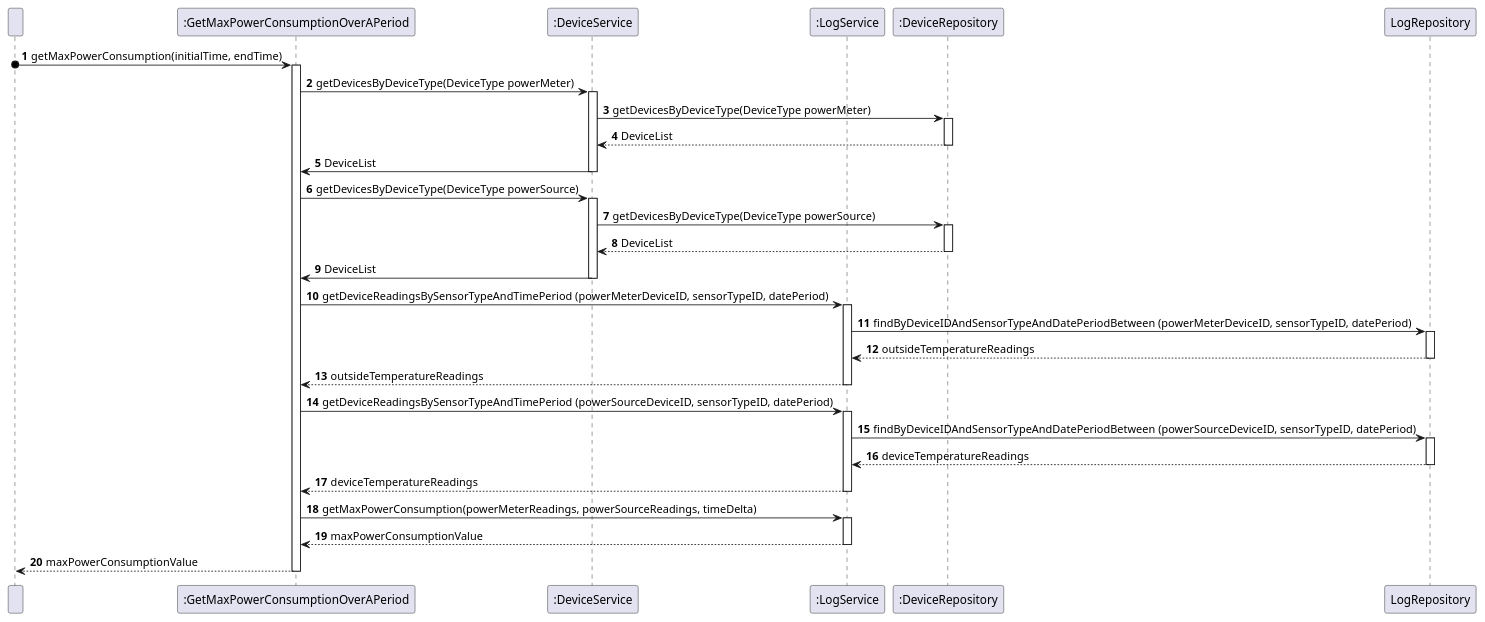
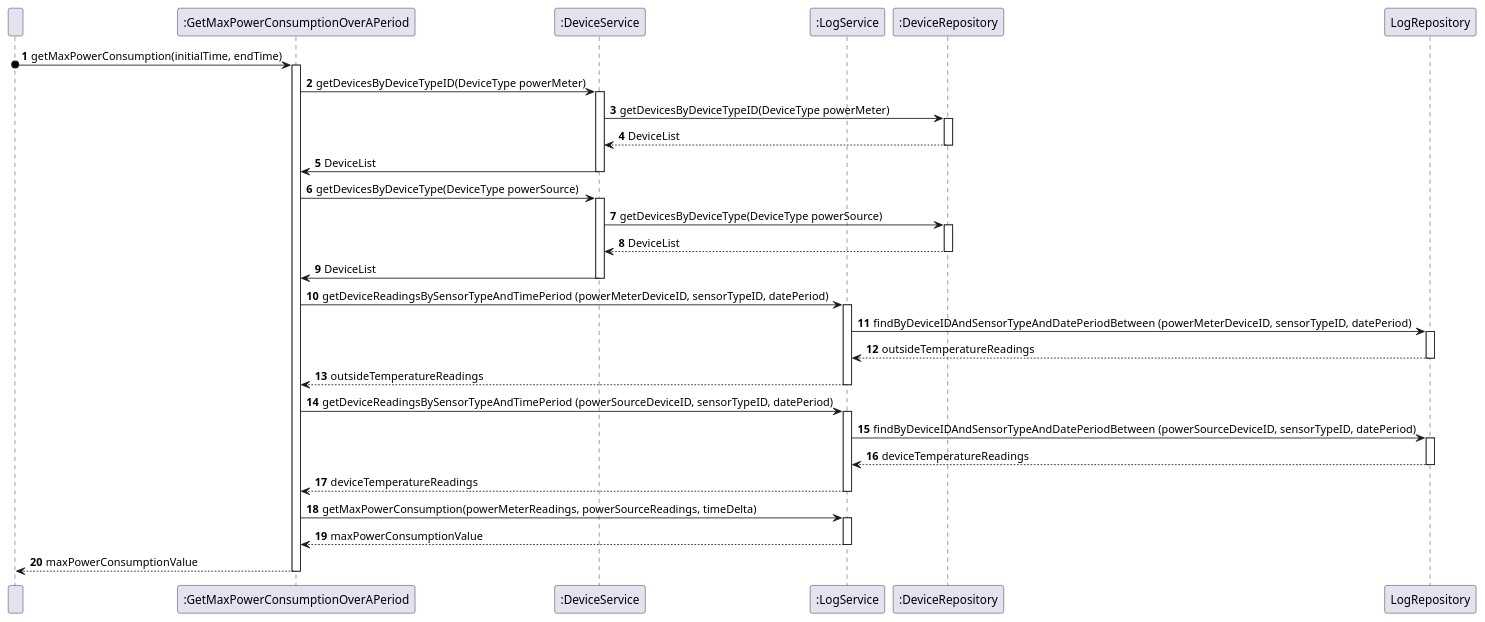
The diagram in docs/useCases/uc14_toGetMaxPowerConsumptionOverAPeriod/artifacts/uc14_SD.puml (olivDiogo/SmartHome), drawn with PlantUML before and after one commit. The commit also changed 7 other files, not shown here.

Commit message:
#458 added method getDevicesByDeviceTypeID to DeviceServiceImpl, persistence and tests

```diff
--- a/docs/useCases/uc14_toGetMaxPowerConsumptionOverAPeriod/artifacts/uc14_SD.puml
+++ b/docs/useCases/uc14_toGetMaxPowerConsumptionOverAPeriod/artifacts/uc14_SD.puml
@@ -1,101 +1,101 @@
 @startuml
 'https://plantuml.com/sequence-diagram
 
 participant " " as User
 participant Controller as ":GetMaxPowerConsumptionOverAPeriod"
 participant DeviceService as ":DeviceService"
 participant LogService as ":LogService"
 participant DeviceRepository as ":DeviceRepository"
 
 autonumber
 
 User o-> Controller: getMaxPowerConsumption(initialTime, endTime)
 
 activate Controller
 
-Controller -> DeviceService: getDevicesByDeviceType(DeviceType powerMeter)
+Controller -> DeviceService: getDevicesByDeviceTypeID(DeviceType powerMeter)
 
 activate DeviceService
 
-DeviceService -> DeviceRepository: getDevicesByDeviceType(DeviceType powerMeter)
+DeviceService -> DeviceRepository: getDevicesByDeviceTypeID(DeviceType powerMeter)
 
 activate DeviceRepository
 
 DeviceRepository --> DeviceService: DeviceList
 
 deactivate DeviceRepository
 
 DeviceService -> Controller: DeviceList
 
 deactivate DeviceService
 
 '--------------------------------------------'
 
 Controller -> DeviceService: getDevicesByDeviceType(DeviceType powerSource)
 
 activate DeviceService
 
 DeviceService -> DeviceRepository: getDevicesByDeviceType(DeviceType powerSource)
 
 activate DeviceRepository
 
 DeviceRepository --> DeviceService: DeviceList
 
 deactivate DeviceRepository
 
 DeviceService -> Controller: DeviceList
 
 deactivate DeviceService
 
 '--------------------------------------------'
 
 Controller -> LogService: getDeviceReadingsBySensorTypeAndTimePeriod (powerMeterDeviceID, sensorTypeID, datePeriod)
 
 activate LogService
 
 LogService -> LogRepository: findByDeviceIDAndSensorTypeAndDatePeriodBetween (powerMeterDeviceID, sensorTypeID, datePeriod)
 
 activate LogRepository
 
 LogRepository --> LogService: outsideTemperatureReadings
 
 deactivate LogRepository
 
 LogService --> Controller: outsideTemperatureReadings
 
 deactivate LogService
 
 Controller -> LogService: getDeviceReadingsBySensorTypeAndTimePeriod (powerSourceDeviceID, sensorTypeID, datePeriod)
 
 '--------------------------------------------'
 
 activate LogService
 
 LogService -> LogRepository: findByDeviceIDAndSensorTypeAndDatePeriodBetween (powerSourceDeviceID, sensorTypeID, datePeriod)
 
 activate LogRepository
 
 LogRepository --> LogService: deviceTemperatureReadings
 
 deactivate LogRepository
 
 LogService --> Controller: deviceTemperatureReadings
 
 deactivate LogService
 
 Controller -> LogService: getMaxPowerConsumption(powerMeterReadings, powerSourceReadings, timeDelta)
 
 '--------------------------------------------'
 
 activate LogService
 
 LogService --> Controller: maxPowerConsumptionValue
 
 deactivate LogService
 
 Controller --> User: maxPowerConsumptionValue
 
 
 deactivate Controller
 
 @enduml
```
